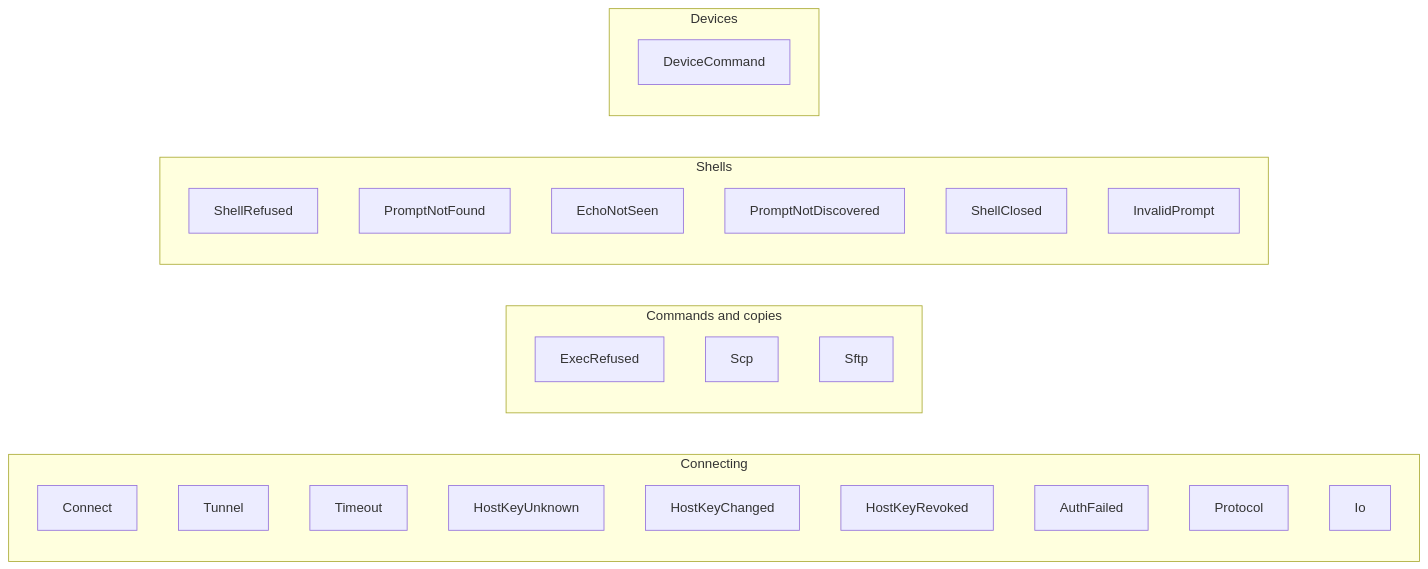
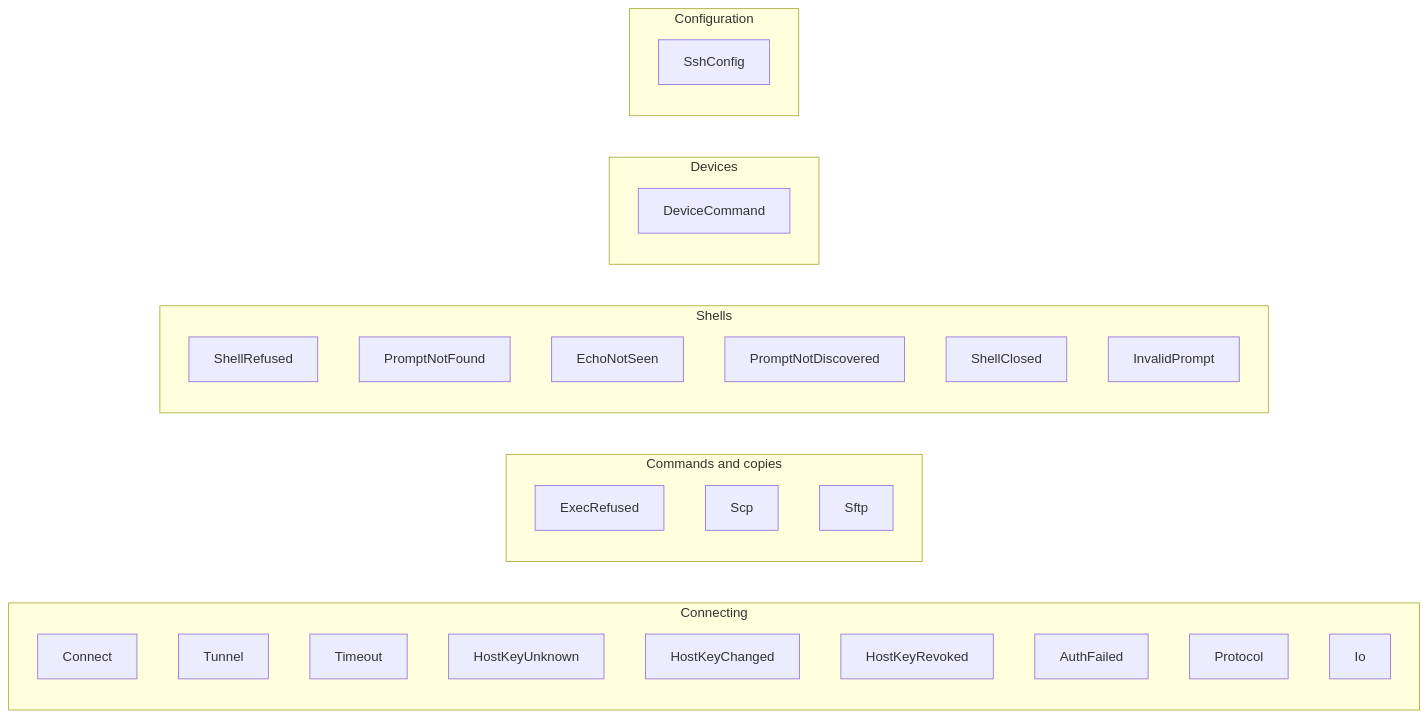
The diagram in docs/architecture/errors.md (bwks/jato-lib), drawn with Mermaid before and after one commit. The commit also changed other lines of this file and 26 other files, not shown here.

First line of the commit message:
feat: OpenSSH client configuration and several known_hosts files

````diff
--- a/docs/architecture/errors.md
+++ b/docs/architecture/errors.md
@@ -27,30 +27,33 @@
 ```mermaid
 graph LR
     subgraph Connecting
         Connect
         Tunnel
         Timeout
         HostKeyUnknown
         HostKeyChanged
         HostKeyRevoked
         AuthFailed
         Protocol
         Io
     end
     subgraph Commands and copies
         ExecRefused
         Scp
         Sftp
     end
     subgraph Shells
         ShellRefused
         PromptNotFound
         EchoNotSeen
         PromptNotDiscovered
         ShellClosed
         InvalidPrompt
     end
     subgraph Devices
         DeviceCommand
     end
+    subgraph Configuration
+        SshConfig
+    end
 ```
````
